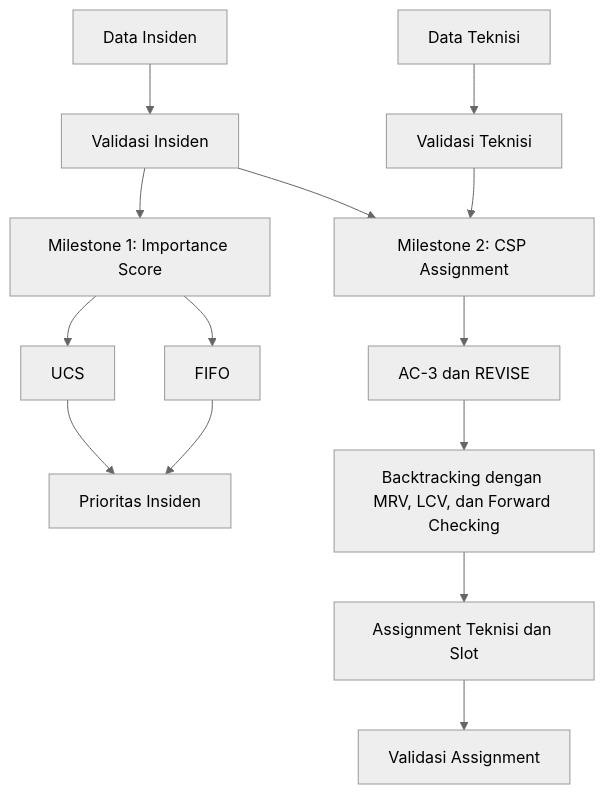
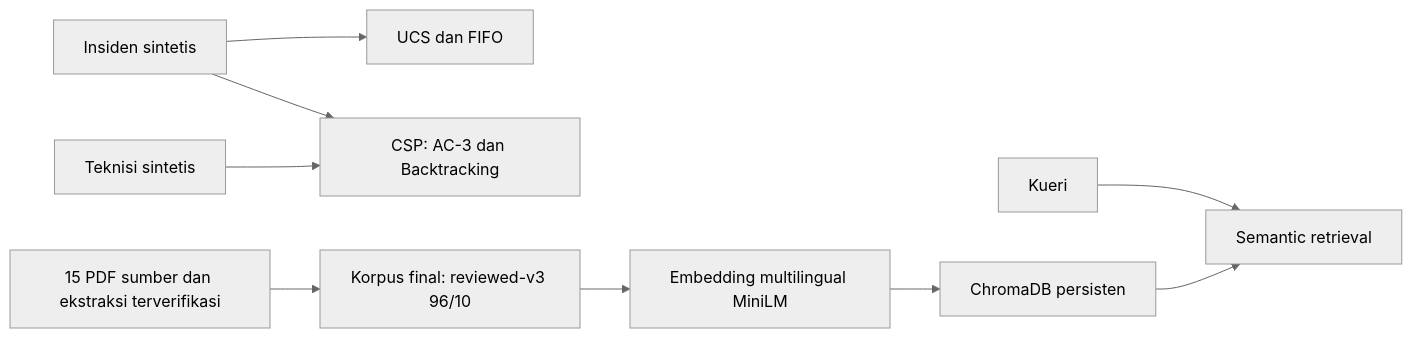
One commit to RonyPangaribuan/Proyek-Certan changed the diagram in README.md. Above: the diagram before and after it, drawn with Mermaid (neutral theme). The commit also changed other lines of this file and 35 other files, not shown here.

````diff
--- a/README.md
+++ b/README.md
@@ -43,17 +19,11 @@
 ```mermaid
-flowchart TD
-    A[Data Insiden] --> B[Validasi Insiden]
-    B --> C[Milestone 1: Importance Score]
-    C --> D[UCS]
-    C --> E[FIFO]
-    D --> F[Prioritas Insiden]
-    E --> F
-
-    B --> G[Milestone 2: CSP Assignment]
-    H[Data Teknisi] --> I[Validasi Teknisi]
-    I --> G
-    G --> J[AC-3 dan REVISE]
-    J --> K[Backtracking dengan MRV, LCV, dan Forward Checking]
-    K --> L[Assignment Teknisi dan Slot]
-    L --> M[Validasi Assignment]
+flowchart LR
+    I[Insiden sintetis] --> M1[UCS dan FIFO]
+    I --> M2[CSP: AC-3 dan Backtracking]
+    T[Teknisi sintetis] --> M2
+    P[15 PDF sumber dan ekstraksi terverifikasi] --> C[Korpus final: reviewed-v3 96/10]
+    C --> E[Embedding multilingual MiniLM]
+    E --> V[ChromaDB persisten]
+    Q[Kueri] --> R[Semantic retrieval]
+    V --> R
 ```
````
